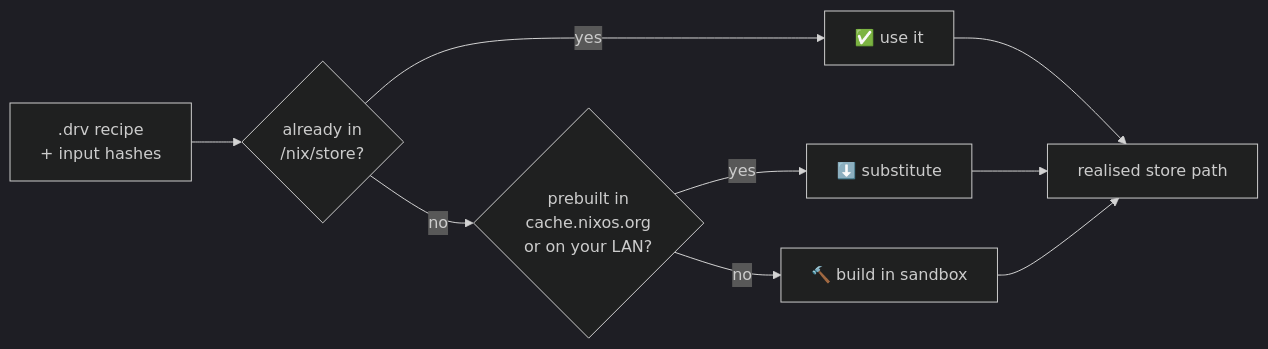
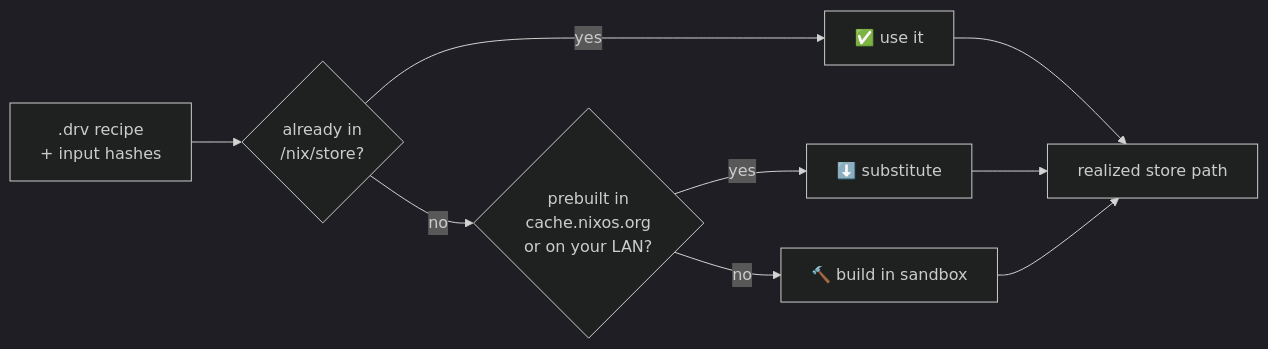
The third of 6 diagrams in pages/05-under-the-hood.md (kurisu-agent/i-love-nix), drawn with Mermaid (dark theme) before and after one commit. The commit also changed other lines of this file and 31 other files, not shown here.

First line of the commit message:
Rework pipeline section, add mermaid theme, history timeline, and Dutch interlude

````diff
--- a/pages/05-under-the-hood.md
+++ b/pages/05-under-the-hood.md
@@ -118,11 +220,11 @@
 ```mermaid {scale: 0.6}
 graph LR
   D[".drv recipe<br/>+ input hashes"] --> Q{"already in<br/>/nix/store?"}
   Q -->|yes| U["✅ use it"]
   Q -->|no| S{"prebuilt in<br/>cache.nixos.org<br/>or on your LAN?"}
   S -->|yes| F["⬇️ substitute"]
   S -->|no| B["🔨 build in sandbox"]
-  U --> R["realised store path"]
+  U --> R["realized store path"]
   F --> R
   B --> R
 ```
````
